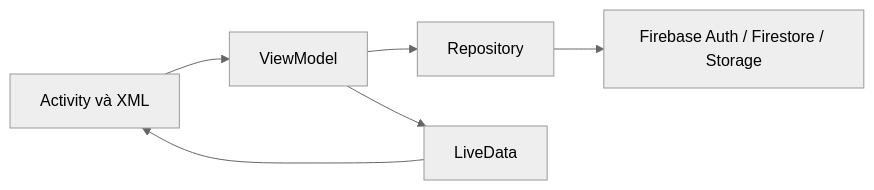
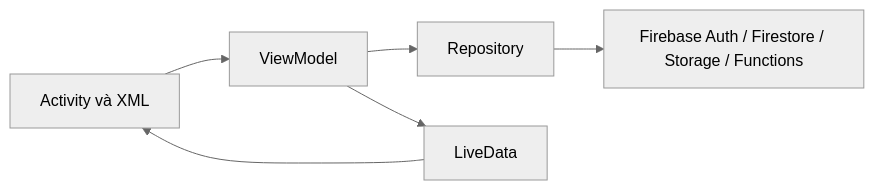
Before and after one commit to phuclu3123/GROUP_MOBILE_BROOMSHARING: the diagram in docs/architecture.md, drawn with Mermaid (neutral theme). The commit also changed other lines of this file and 67 other files, not shown here.

````diff
--- a/docs/architecture.md
+++ b/docs/architecture.md
@@ -5,8 +5,8 @@
 ```mermaid
 flowchart LR
     Activity[Activity và XML] --> ViewModel
     ViewModel --> Repository
-    Repository --> Firebase[Firebase Auth / Firestore / Storage]
+    Repository --> Firebase[Firebase Auth / Firestore / Storage / Functions]
     ViewModel --> LiveData
     LiveData --> Activity
 ```
````
